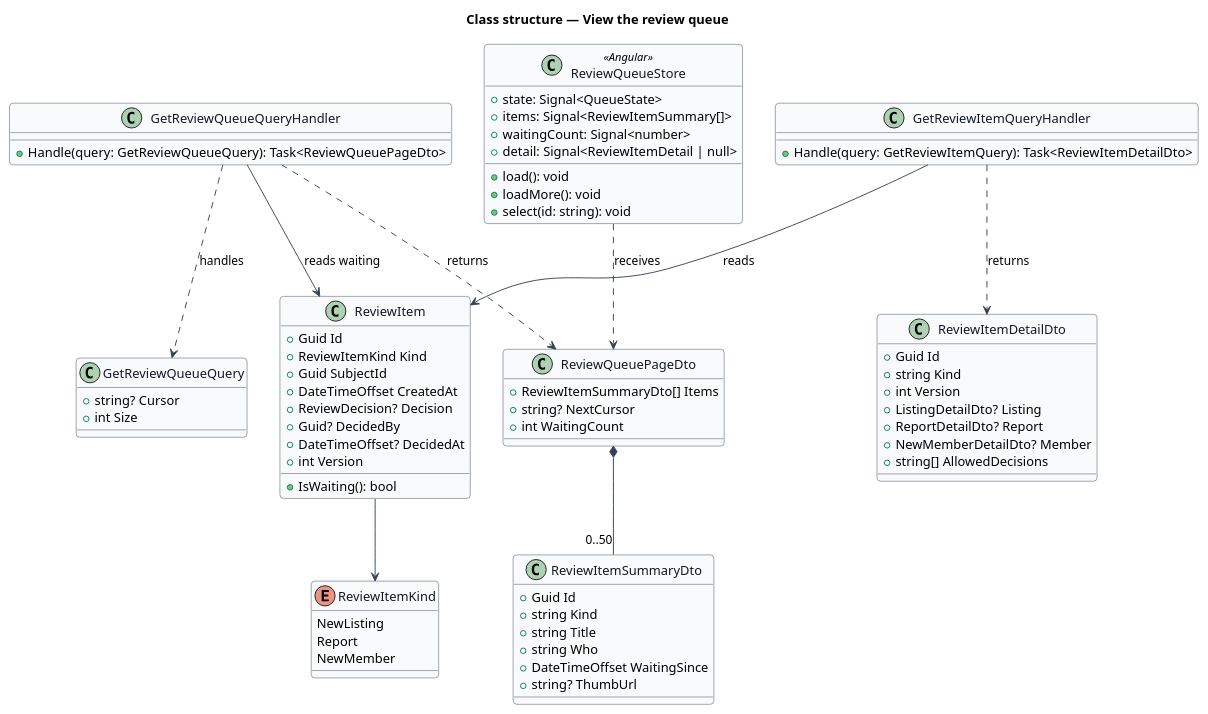
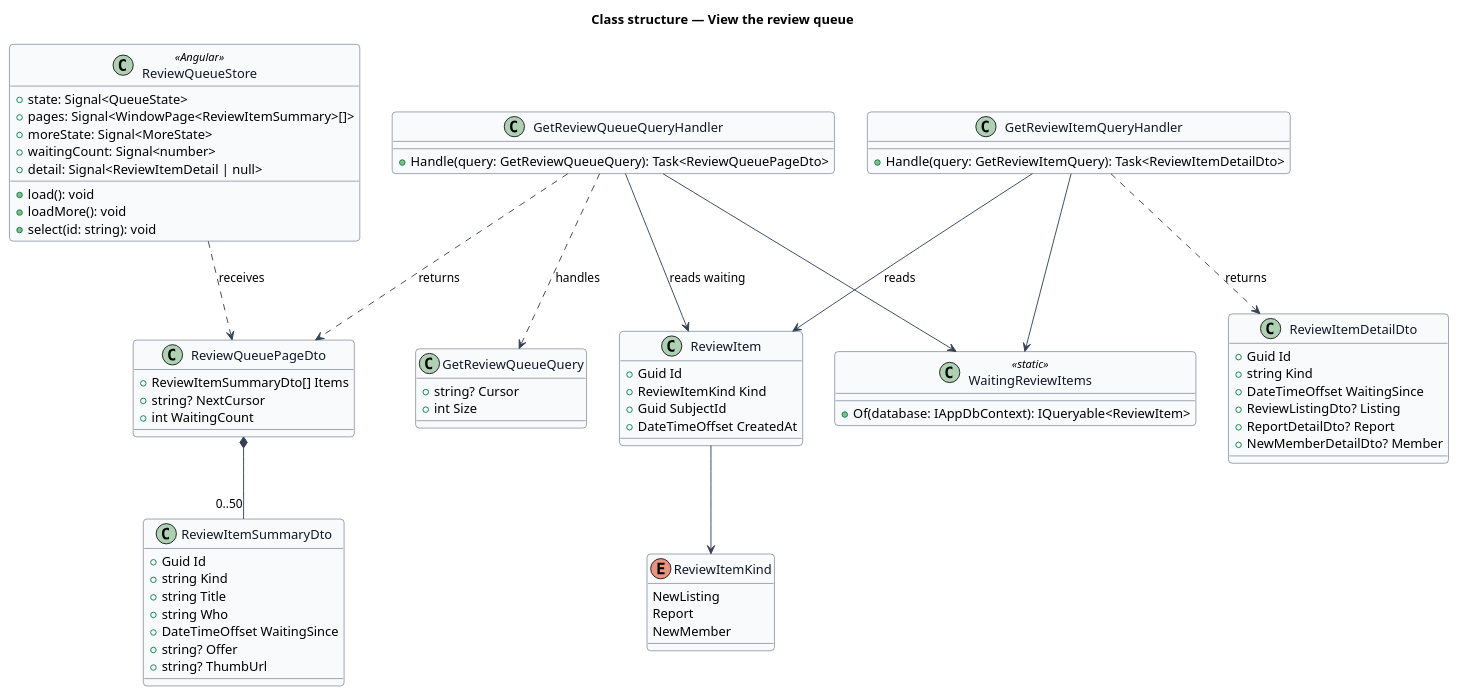
Before and after one commit to QuinntyneBrown/christian-rent: the diagram in docs/detailed-designs/review/view-review-queue/diagrams/class-structure.puml, drawn with PlantUML. The commit also changed 31 other files, not shown here.

Commit message:
Specify, mock and design viewing the review queue

```diff
--- a/docs/detailed-designs/review/view-review-queue/diagrams/class-structure.puml
+++ b/docs/detailed-designs/review/view-review-queue/diagrams/class-structure.puml
@@ -1,81 +1,82 @@
 @startuml
 ' --- shared skin header ---
 skinparam backgroundColor #FFFFFF
 skinparam shadowing false
 skinparam roundcorner 8
 skinparam defaultFontName Arial
 skinparam ArrowColor #344054
 skinparam class {
   BorderColor #344054
   FontColor #101828
   BackgroundColor #F9FAFB
 }
 ' --------------------------
 title Class structure — View the review queue
 
 class ReviewItem {
   +Guid Id
   +ReviewItemKind Kind
   +Guid SubjectId
   +DateTimeOffset CreatedAt
-  +ReviewDecision? Decision
-  +Guid? DecidedBy
-  +DateTimeOffset? DecidedAt
-  +int Version
-  +IsWaiting(): bool
 }
 enum ReviewItemKind {
   NewListing
   Report
   NewMember
 }
 class GetReviewQueueQuery {
   +string? Cursor
   +int Size
 }
 class GetReviewQueueQueryHandler {
   +Handle(query: GetReviewQueueQuery): Task<ReviewQueuePageDto>
 }
 class GetReviewItemQueryHandler {
   +Handle(query: GetReviewItemQuery): Task<ReviewItemDetailDto>
 }
 class ReviewQueuePageDto {
   +ReviewItemSummaryDto[] Items
   +string? NextCursor
   +int WaitingCount
 }
 class ReviewItemSummaryDto {
   +Guid Id
   +string Kind
   +string Title
   +string Who
   +DateTimeOffset WaitingSince
+  +string? Offer
   +string? ThumbUrl
 }
 class ReviewItemDetailDto {
   +Guid Id
   +string Kind
-  +int Version
-  +ListingDetailDto? Listing
+  +DateTimeOffset WaitingSince
+  +ReviewListingDto? Listing
   +ReportDetailDto? Report
   +NewMemberDetailDto? Member
-  +string[] AllowedDecisions
 }
 class ReviewQueueStore <<Angular>> {
   +state: Signal<QueueState>
-  +items: Signal<ReviewItemSummary[]>
+  +pages: Signal<WindowPage<ReviewItemSummary>[]>
+  +moreState: Signal<MoreState>
   +waitingCount: Signal<number>
   +detail: Signal<ReviewItemDetail | null>
   +load(): void
   +loadMore(): void
   +select(id: string): void
 }
+class WaitingReviewItems <<static>> {
+  +Of(database: IAppDbContext): IQueryable<ReviewItem>
+}
 ReviewItem --> ReviewItemKind
+GetReviewQueueQueryHandler --> WaitingReviewItems
+GetReviewItemQueryHandler --> WaitingReviewItems
 GetReviewQueueQueryHandler ..> GetReviewQueueQuery : handles
 GetReviewQueueQueryHandler --> ReviewItem : reads waiting
 GetReviewQueueQueryHandler ..> ReviewQueuePageDto : returns
 ReviewQueuePageDto *-- "0..50" ReviewItemSummaryDto
 GetReviewItemQueryHandler --> ReviewItem : reads
 GetReviewItemQueryHandler ..> ReviewItemDetailDto : returns
 ReviewQueueStore ..> ReviewQueuePageDto : receives
 @enduml
```
